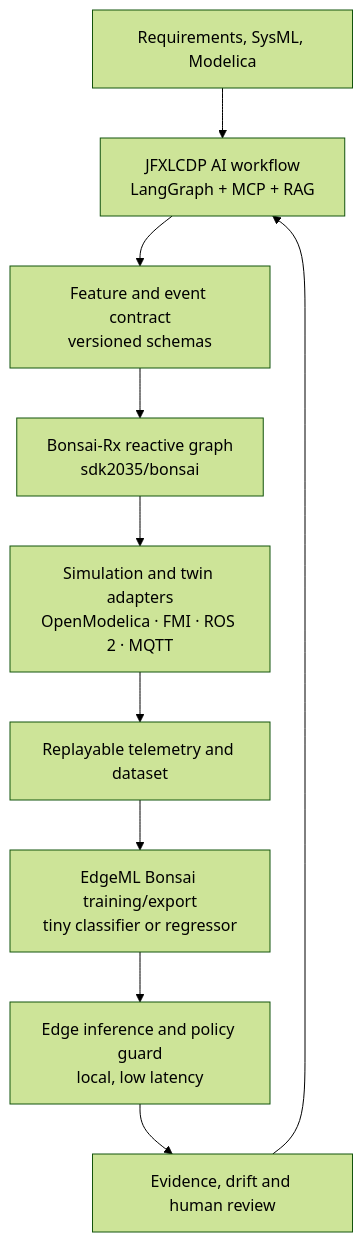
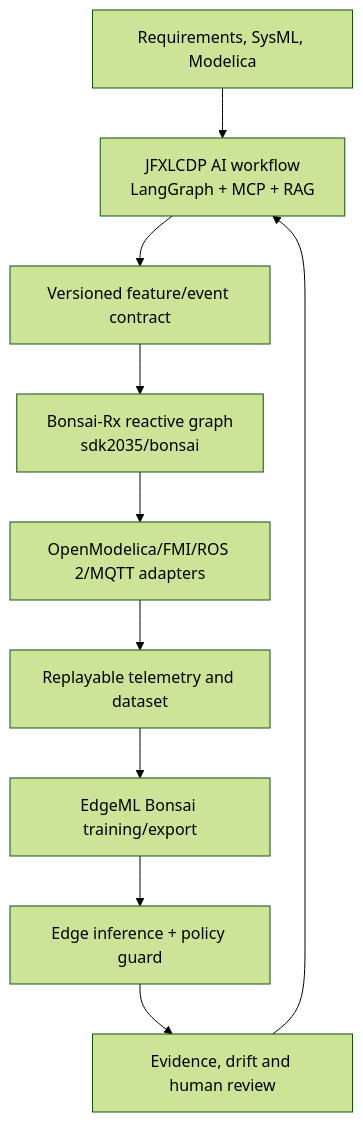
Before and after one commit to robotics-intelligent-systems/jfxlcdp: the third of 3 diagrams in README.md, drawn with Mermaid (forest theme). The commit also changed other lines of this file, not shown here.

````diff
--- a/README.md
+++ b/README.md
@@ -29,12 +2160,12 @@
 ```mermaid
 flowchart TD
   A["Requirements, SysML, Modelica"] --> B["JFXLCDP AI workflow<br/>LangGraph + MCP + RAG"]
-  B --> C["Feature and event contract<br/>versioned schemas"]
+  B --> C["Versioned feature/event contract"]
   C --> D["Bonsai-Rx reactive graph<br/>sdk2035/bonsai"]
-  D --> E["Simulation and twin adapters<br/>OpenModelica · FMI · ROS 2 · MQTT"]
+  D --> E["OpenModelica/FMI/ROS 2/MQTT adapters"]
   E --> F["Replayable telemetry and dataset"]
-  F --> G["EdgeML Bonsai training/export<br/>tiny classifier or regressor"]
-  G --> H["Edge inference and policy guard<br/>local, low latency"]
+  F --> G["EdgeML Bonsai training/export"]
+  G --> H["Edge inference + policy guard"]
   H --> I["Evidence, drift and human review"]
   I --> B
 ```
````
